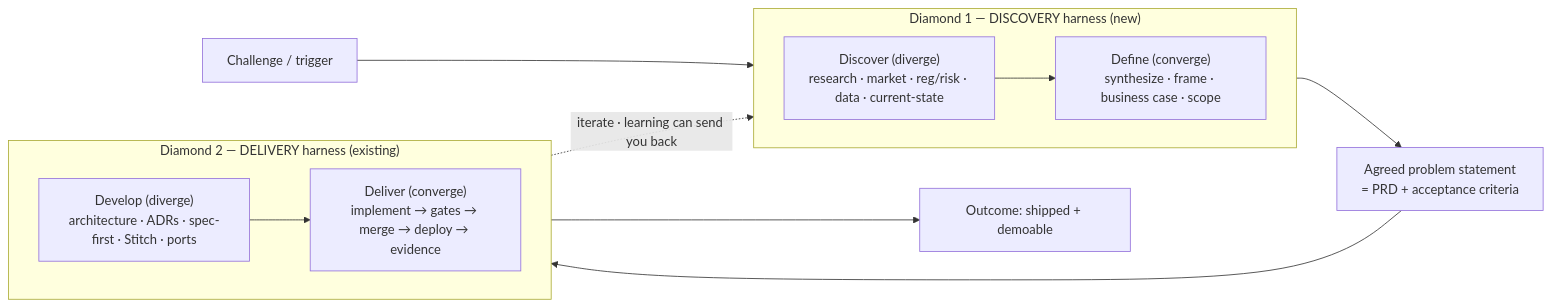
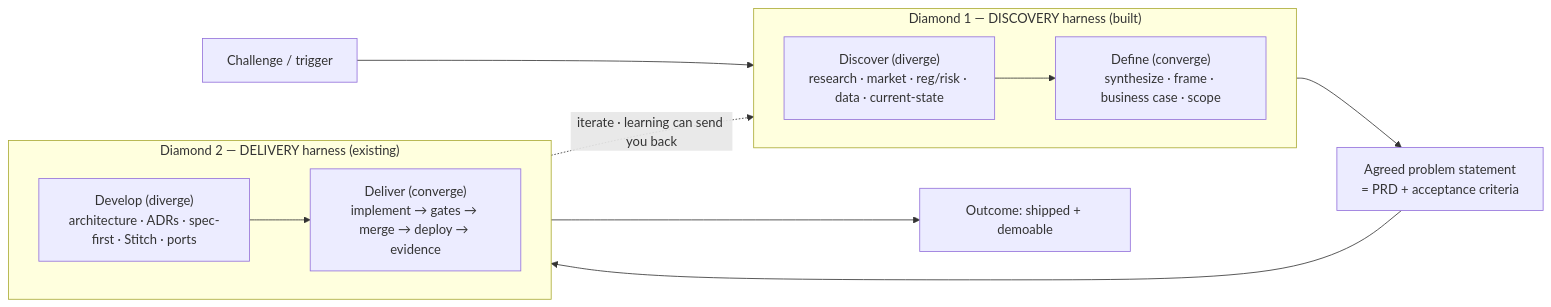
Before and after one commit to openfinance-os/ofbo: the third of 5 diagrams in docs/architecture-overview.md, drawn with Mermaid. The commit also changed other lines of this file and 19 other files, not shown here.

````diff
--- a/docs/architecture-overview.md
+++ b/docs/architecture-overview.md
@@ -128,22 +128,22 @@
 ```mermaid
 flowchart LR
     Ch["Challenge / trigger"]
-    subgraph D1["Diamond 1 — DISCOVERY harness (new)"]
+    subgraph D1["Diamond 1 — DISCOVERY harness (built)"]
       direction LR
       Disc["Discover (diverge)<br/>research · market · reg/risk · data · current-state"]
       Def["Define (converge)<br/>synthesize · frame · business case · scope"]
       Disc --> Def
     end
     PRD["Agreed problem statement<br/>= PRD + acceptance criteria"]
     subgraph D2["Diamond 2 — DELIVERY harness (existing)"]
       direction LR
       Dev["Develop (diverge)<br/>architecture · ADRs · spec-first · Stitch · ports"]
       Del["Deliver (converge)<br/>implement → gates → merge → deploy → evidence"]
       Dev --> Del
     end
     Out["Outcome: shipped + demoable"]
     Ch --> Disc
     Def --> PRD --> Dev
     Del --> Out
     Del -. "iterate · learning can send you back" .-> Disc
 ```
````
